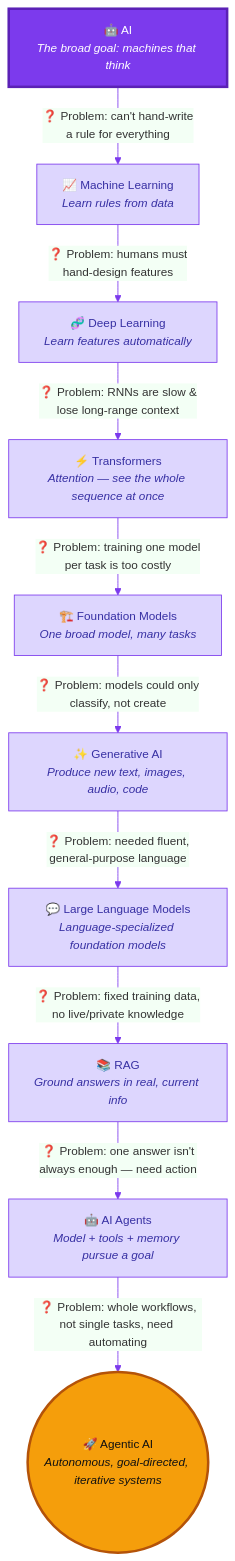
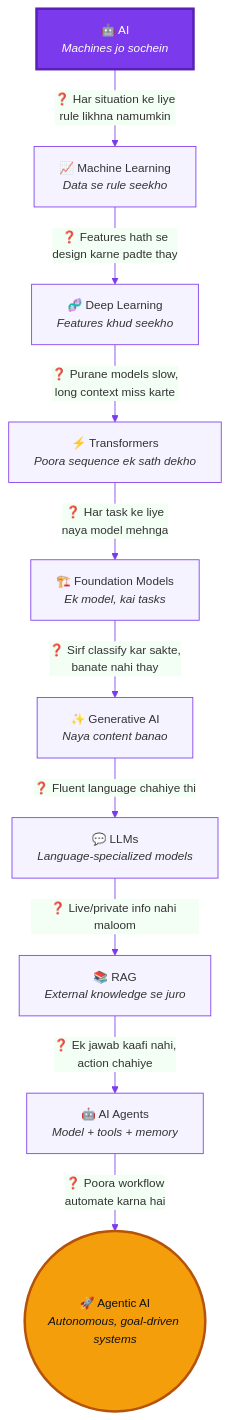
Before and after one commit to maliksiddiq/learning-agentic-ai: the first of 3 diagrams in Agentic Ai Learning/00 Introduction of Ai/readme.md, drawn with Mermaid. The commit also changed other lines of this file and 2 other files, not shown here.

````diff
--- a/Agentic Ai Learning/00 Introduction of Ai/readme.md
+++ b/Agentic Ai Learning/00 Introduction of Ai/readme.md
@@ -187,25 +92,17 @@
 ```mermaid
 %%{init: {'theme':'base', 'themeVariables': {'primaryColor':'#f5f3ff','primaryBorderColor':'#7c3aed','lineColor':'#7c3aed','fontSize':'14px'}}}%%
 flowchart TD
-    A["🤖 AI<br/><i>The broad goal: machines that think</i>"]
-    A -->|"❓ Problem: can't hand-write<br/>a rule for everything"| B["📈 Machine Learning<br/><i>Learn rules from data</i>"]
-    B -->|"❓ Problem: humans must<br/>hand-design features"| C["🧬 Deep Learning<br/><i>Learn features automatically</i>"]
-    C -->|"❓ Problem: RNNs are slow &<br/>lose long-range context"| D["⚡ Transformers<br/><i>Attention — see the whole sequence at once</i>"]
-    D -->|"❓ Problem: training one model<br/>per task is too costly"| E["🏗️ Foundation Models<br/><i>One broad model, many tasks</i>"]
-    E -->|"❓ Problem: models could only<br/>classify, not create"| F["✨ Generative AI<br/><i>Produce new text, images, audio, code</i>"]
-    F -->|"❓ Problem: needed fluent,<br/>general-purpose language"| G["💬 Large Language Models<br/><i>Language-specialized foundation models</i>"]
-    G -->|"❓ Problem: fixed training data,<br/>no live/private knowledge"| H["📚 RAG<br/><i>Ground answers in real, current info</i>"]
-    H -->|"❓ Problem: one answer isn't<br/>always enough — need action"| I["🤖 AI Agents<br/><i>Model + tools + memory pursue a goal</i>"]
-    I -->|"❓ Problem: whole workflows,<br/>not single tasks, need automating"| J(("🚀 Agentic AI<br/><i>Autonomous, goal-directed, iterative systems</i>"))
+    A["🤖 AI<br/><i>Machines jo sochein</i>"]
+    A -->|"❓ Har situation ke liye<br/>rule likhna namumkin"| B["📈 Machine Learning<br/><i>Data se rule seekho</i>"]
+    B -->|"❓ Features hath se<br/>design karne padte thay"| C["🧬 Deep Learning<br/><i>Features khud seekho</i>"]
+    C -->|"❓ Purane models slow,<br/>long context miss karte"| D["⚡ Transformers<br/><i>Poora sequence ek sath dekho</i>"]
+    D -->|"❓ Har task ke liye<br/>naya model mehnga"| E["🏗️ Foundation Models<br/><i>Ek model, kai tasks</i>"]
+    E -->|"❓ Sirf classify kar sakte,<br/>banate nahi thay"| F["✨ Generative AI<br/><i>Naya content banao</i>"]
+    F -->|"❓ Fluent language chahiye thi"| G["💬 LLMs<br/><i>Language-specialized models</i>"]
+    G -->|"❓ Live/private info nahi maloom"| H["📚 RAG<br/><i>External knowledge se juro</i>"]
+    H -->|"❓ Ek jawab kaafi nahi,<br/>action chahiye"| I["🤖 AI Agents<br/><i>Model + tools + memory</i>"]
+    I -->|"❓ Poora workflow<br/>automate karna hai"| J(("🚀 Agentic AI<br/><i>Autonomous, goal-driven systems</i>"))
 
     style A fill:#7c3aed,color:#fff,stroke:#5b21b6,stroke-width:3px
     style J fill:#f59e0b,color:#111,stroke:#b45309,stroke-width:3px
-    style B fill:#ddd6fe,color:#3730a3,stroke:#7c3aed
-    style C fill:#ddd6fe,color:#3730a3,stroke:#7c3aed
-    style D fill:#ddd6fe,color:#3730a3,stroke:#7c3aed
-    style E fill:#ddd6fe,color:#3730a3,stroke:#7c3aed
-    style F fill:#ddd6fe,color:#3730a3,stroke:#7c3aed
-    style G fill:#ddd6fe,color:#3730a3,stroke:#7c3aed
-    style H fill:#ddd6fe,color:#3730a3,stroke:#7c3aed
-    style I fill:#ddd6fe,color:#3730a3,stroke:#7c3aed
 ```
````
